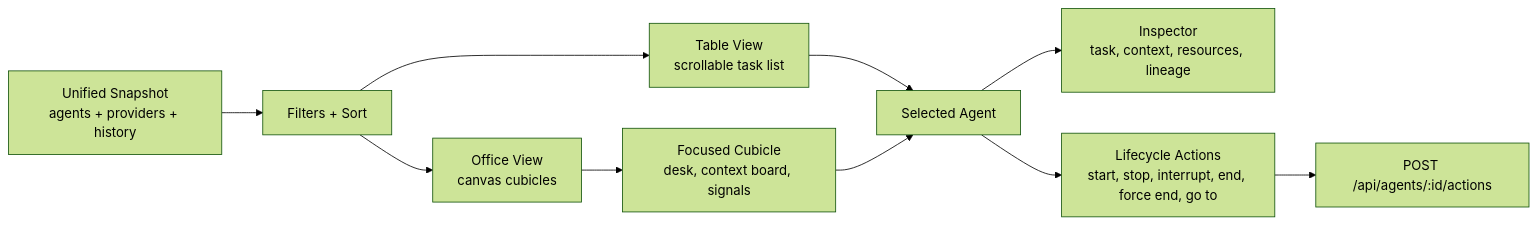
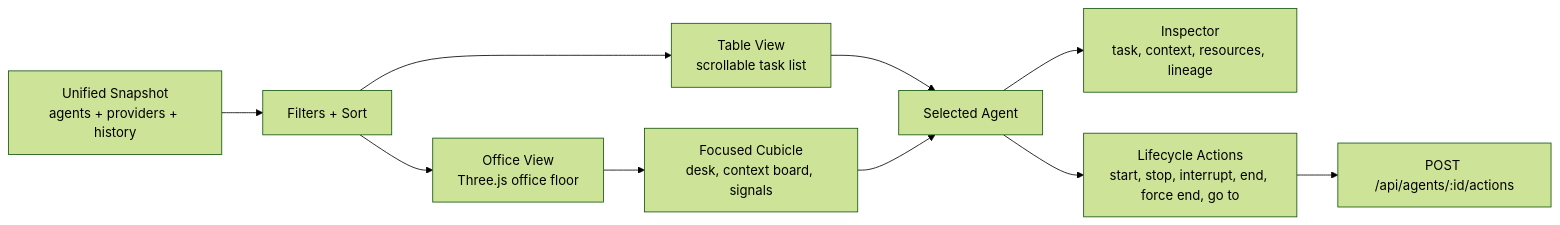
One commit to NTitterton/agent-monitor changed the third of 4 diagrams in project_design.md. Above: the diagram before and after it, drawn with Mermaid (forest theme). The commit also changed other lines of this file and 8 other files, not shown here.

Commit message:
Upgrade office view to Three.js

````diff
--- a/project_design.md
+++ b/project_design.md
@@ -145,12 +145,12 @@
 ```mermaid
 flowchart LR
     Snapshot["Unified Snapshot<br/>agents + providers + history"] --> Filters["Filters + Sort"]
     Filters --> Table["Table View<br/>scrollable task list"]
-    Filters --> Office["Office View<br/>canvas cubicles"]
+    Filters --> Office["Office View<br/>Three.js office floor"]
     Table --> Selection["Selected Agent"]
     Office --> Focus["Focused Cubicle<br/>desk, context board, signals"]
     Focus --> Selection
     Selection --> Inspector["Inspector<br/>task, context, resources, lineage"]
     Selection --> Actions["Lifecycle Actions<br/>start, stop, interrupt, end, force end, go to"]
     Actions --> API["POST /api/agents/:id/actions"]
 ```
````
